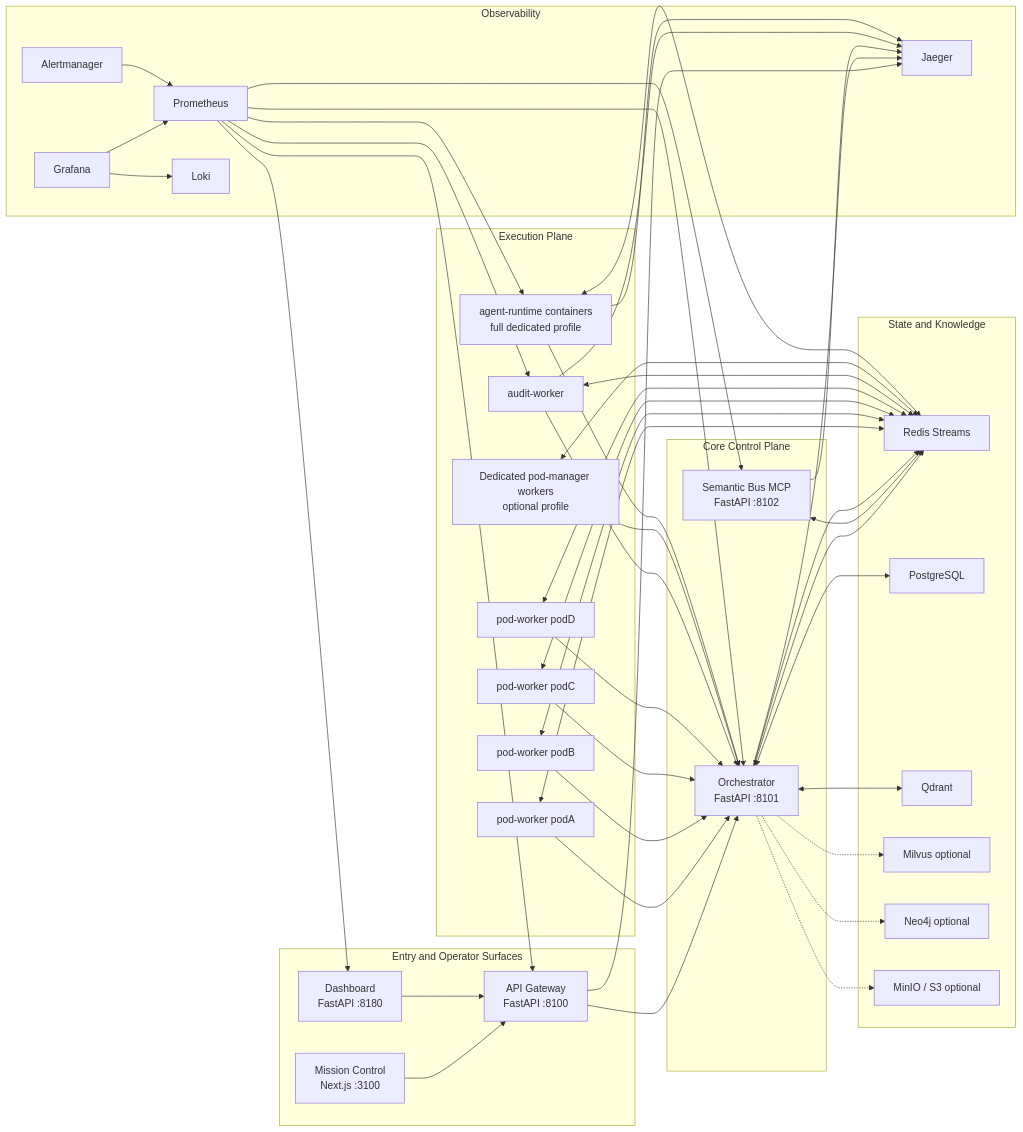
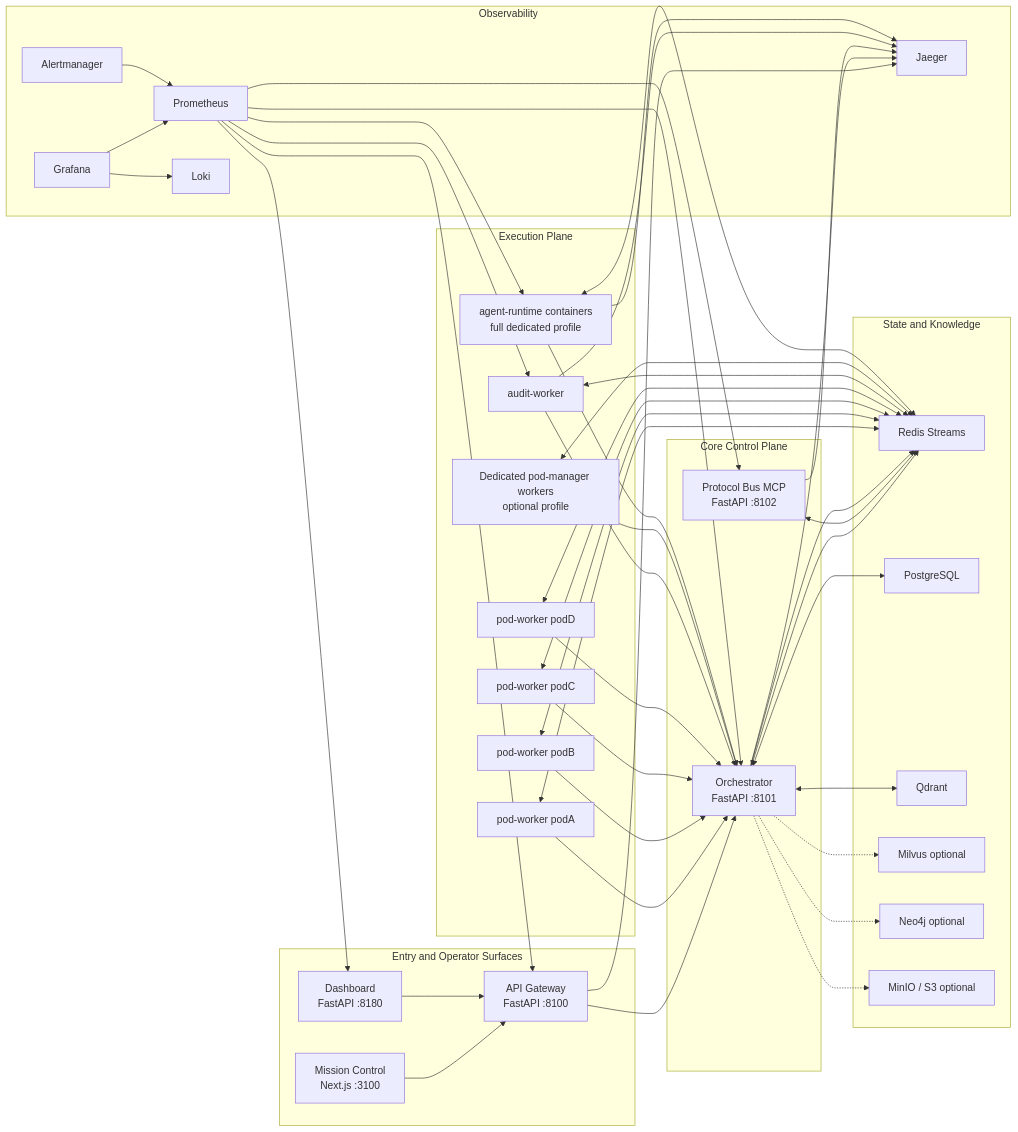
Before and after one commit to kherrera6219/theFactory: the second of 8 diagrams in docs/ARCHITECTURE_DIAGRAMS.md, drawn with Mermaid. The commit also changed other lines of this file and 63 other files, not shown here.

````diff
--- a/docs/ARCHITECTURE_DIAGRAMS.md
+++ b/docs/ARCHITECTURE_DIAGRAMS.md
@@ -76,80 +76,80 @@
 ```mermaid
 flowchart LR
     subgraph Entry["Entry and Operator Surfaces"]
         MC["Mission Control\nNext.js :3100"]
         GW["API Gateway\nFastAPI :8100"]
         Dash["Dashboard\nFastAPI :8180"]
     end
 
     subgraph Core["Core Control Plane"]
         Orch["Orchestrator\nFastAPI :8101"]
-        Bus["Semantic Bus MCP\nFastAPI :8102"]
+        Bus["Protocol Bus MCP\nFastAPI :8102"]
     end
 
     subgraph Execution["Execution Plane"]
         PodA["pod-worker podA"]
         PodB["pod-worker podB"]
         PodC["pod-worker podC"]
         PodD["pod-worker podD"]
         Audit["audit-worker"]
         DedicatedMgr["Dedicated pod-manager workers\noptional profile"]
         AgentRT["agent-runtime containers\nfull dedicated profile"]
     end
 
     subgraph State["State and Knowledge"]
         Redis["Redis Streams"]
         PG["PostgreSQL"]
         Qdrant["Qdrant"]
         Milvus["Milvus optional"]
         Neo4j["Neo4j optional"]
         MinIO["MinIO / S3 optional"]
     end
 
     subgraph Observability["Observability"]
         Prom["Prometheus"]
         Graf["Grafana"]
         Loki["Loki"]
         Alert["Alertmanager"]
         Jaeger["Jaeger"]
     end
 
     MC --> GW
     Dash --> GW
     GW --> Orch
     Orch <--> Redis
     Orch <--> PG
     Orch <--> Qdrant
     Orch -.-> Milvus
     Orch -.-> Neo4j
     Orch -.-> MinIO
     Bus <--> Redis
     Orch --> Redis
     PodA <--> Redis
     PodB <--> Redis
     PodC <--> Redis
     PodD <--> Redis
     Audit <--> Redis
     DedicatedMgr <--> Redis
     AgentRT <--> Redis
     PodA --> Orch
     PodB --> Orch
     PodC --> Orch
     PodD --> Orch
     Audit --> Orch
     DedicatedMgr --> Orch
     AgentRT --> Orch
     Prom --> GW
     Prom --> Orch
     Prom --> Bus
     Prom --> Audit
     Prom --> Dash
     Prom --> AgentRT
     GW --> Jaeger
     Orch --> Jaeger
     Bus --> Jaeger
     Audit --> Jaeger
     AgentRT --> Jaeger
     Graf --> Prom
     Graf --> Loki
     Alert --> Prom
 ```
````
